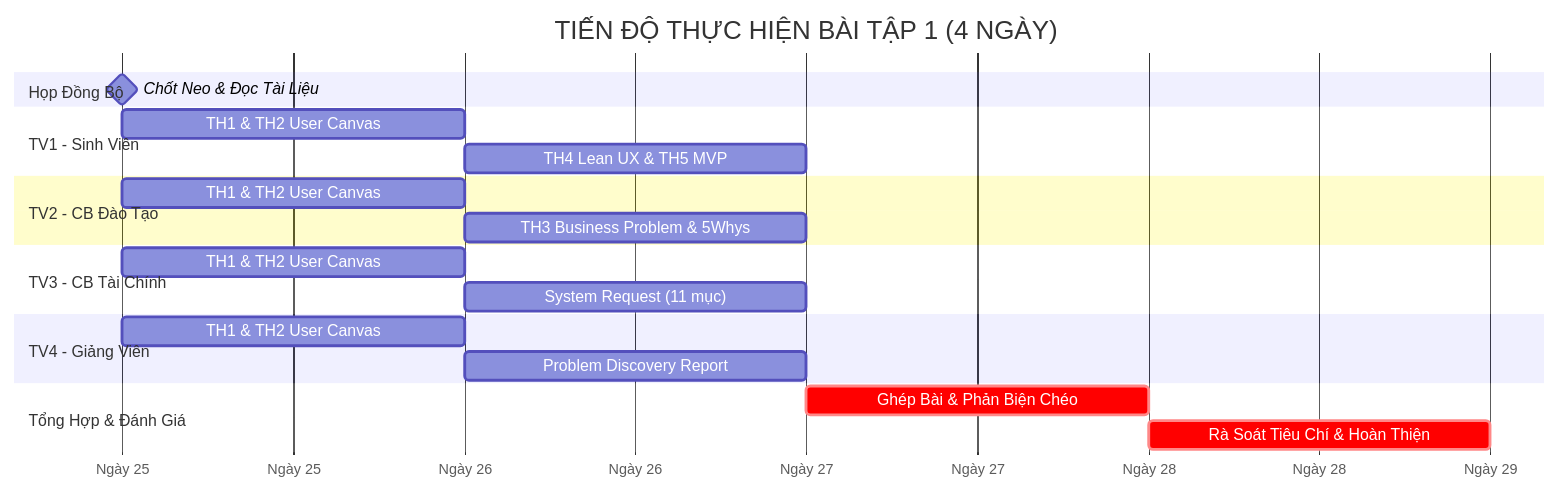
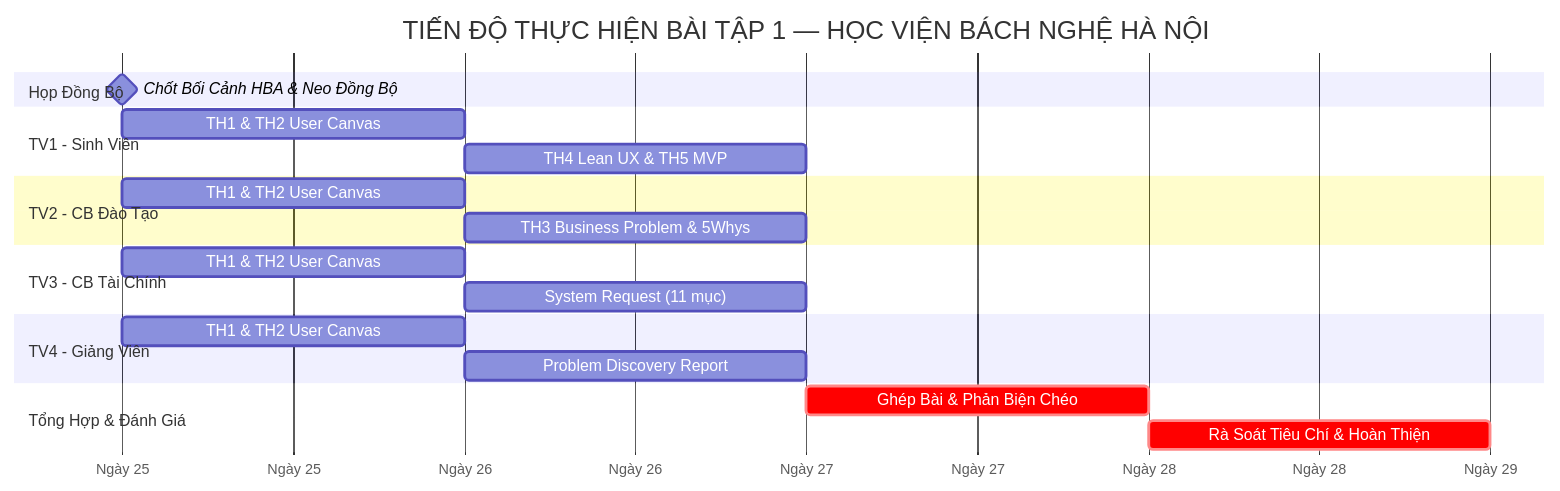
Before and after one commit to cacancap/IT3120_QuanLyDaoTao: the second of 2 diagrams in docs/huong-dan-ke-hoach-bai-tap-1.md, drawn with Mermaid. The commit also changed other lines of this file and 6 other files, not shown here.

````diff
--- a/docs/huong-dan-ke-hoach-bai-tap-1.md
+++ b/docs/huong-dan-ke-hoach-bai-tap-1.md
@@ -270,29 +234,29 @@
 ```mermaid
 gantt
-    title TIẾN ĐỘ THỰC HIỆN BÀI TẬP 1 (4 NGÀY)
+    title TIẾN ĐỘ THỰC HIỆN BÀI TẬP 1 — HỌC VIỆN BÁCH NGHỆ HÀ NỘI
     dateFormat  YYYY-MM-DD
     axisFormat  Ngày %d
     
     section Họp Đồng Bộ
-    Chốt Neo & Đọc Tài Liệu     :milestone, m1, 2026-10-25, 0d
+    Chốt Bối Cảnh HBA & Neo Đồng Bộ :milestone, m1, 2026-10-25, 0d
     
     section TV1 - Sinh Viên
-    TH1 & TH2 User Canvas       :a1, 2026-10-25, 1d
-    TH4 Lean UX & TH5 MVP       :a2, 2026-10-26, 1d
+    TH1 & TH2 User Canvas           :a1, 2026-10-25, 1d
+    TH4 Lean UX & TH5 MVP           :a2, 2026-10-26, 1d
     
     section TV2 - CB Đào Tạo
-    TH1 & TH2 User Canvas       :b1, 2026-10-25, 1d
-    TH3 Business Problem & 5Whys:b2, 2026-10-26, 1d
+    TH1 & TH2 User Canvas           :b1, 2026-10-25, 1d
+    TH3 Business Problem & 5Whys    :b2, 2026-10-26, 1d
     
     section TV3 - CB Tài Chính
-    TH1 & TH2 User Canvas       :c1, 2026-10-25, 1d
-    System Request (11 mục)     :c2, 2026-10-26, 1d
+    TH1 & TH2 User Canvas           :c1, 2026-10-25, 1d
+    System Request (11 mục)         :c2, 2026-10-26, 1d
     
     section TV4 - Giảng Viên
-    TH1 & TH2 User Canvas       :d1, 2026-10-25, 1d
-    Problem Discovery Report    :d2, 2026-10-26, 1d
+    TH1 & TH2 User Canvas           :d1, 2026-10-25, 1d
+    Problem Discovery Report        :d2, 2026-10-26, 1d
     
     section Tổng Hợp & Đánh Giá
-    Ghép Bài & Phản Biện Chéo   :crit, e1, 2026-10-27, 1d
-    Rà Soát Tiêu Chí & Hoàn Thiện:crit, e2, 2026-10-28, 1d
+    Ghép Bài & Phản Biện Chéo       :crit, e1, 2026-10-27, 1d
+    Rà Soát Tiêu Chí & Hoàn Thiện   :crit, e2, 2026-10-28, 1d
 ```
````
